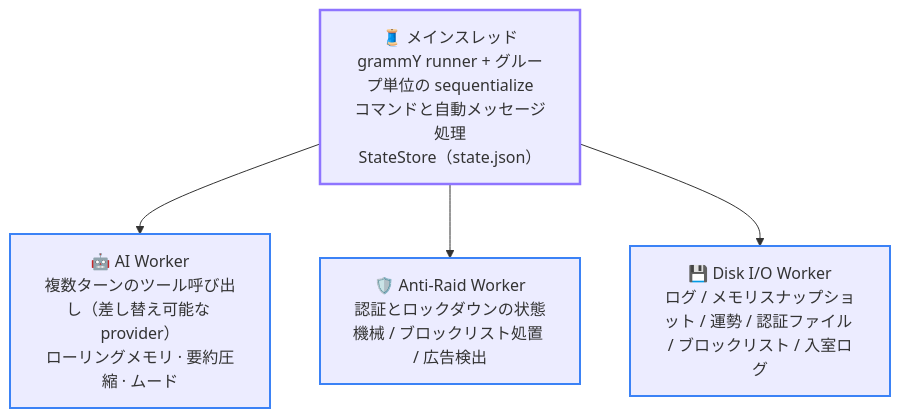
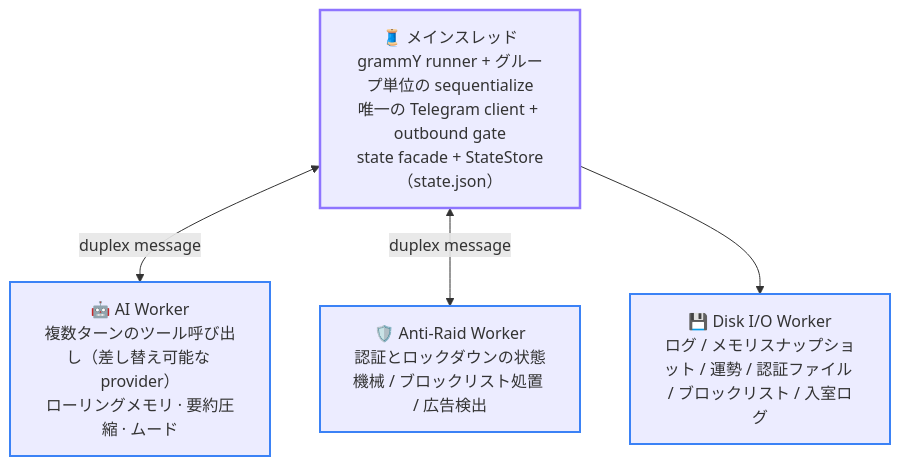
Before and after one commit to Asashishi/copy_ninjia: the first of 2 diagrams in docs/ja/02-architecture.md, drawn with Mermaid. The commit also changed other lines of this file and 564 other files, not shown here.

````diff
--- a/docs/ja/02-architecture.md
+++ b/docs/ja/02-architecture.md
@@ -17,14 +17,14 @@
 ```mermaid
 flowchart TD
     classDef main stroke:#8e75ff,stroke-width:2.5px;
     classDef worker stroke:#3b82f6,stroke-width:2px;
 
-    MAIN["🧵 メインスレッド<br/>grammY runner + グループ単位の sequentialize<br/>コマンドと自動メッセージ処理<br/>StateStore（state.json）"]:::main
+    MAIN["🧵 メインスレッド<br/>grammY runner + グループ単位の sequentialize<br/>唯一の Telegram client + outbound gate<br/>state facade + StateStore（state.json）"]:::main
     AI["🤖 AI Worker<br/>複数ターンのツール呼び出し（差し替え可能な provider）<br/>ローリングメモリ · 要約圧縮 · ムード"]:::worker
     RAID["🛡️ Anti-Raid Worker<br/>認証とロックダウンの状態機械 / ブロックリスト処置 / 広告検出"]:::worker
     DISK["💾 Disk I/O Worker<br/>ログ / メモリスナップショット / 運勢 / 認証ファイル / ブロックリスト / 入室ログ"]:::worker
 
-    MAIN --> AI
-    MAIN --> RAID
+    MAIN <-->|duplex message| AI
+    MAIN <-->|duplex message| RAID
     MAIN --> DISK
 ```
````
